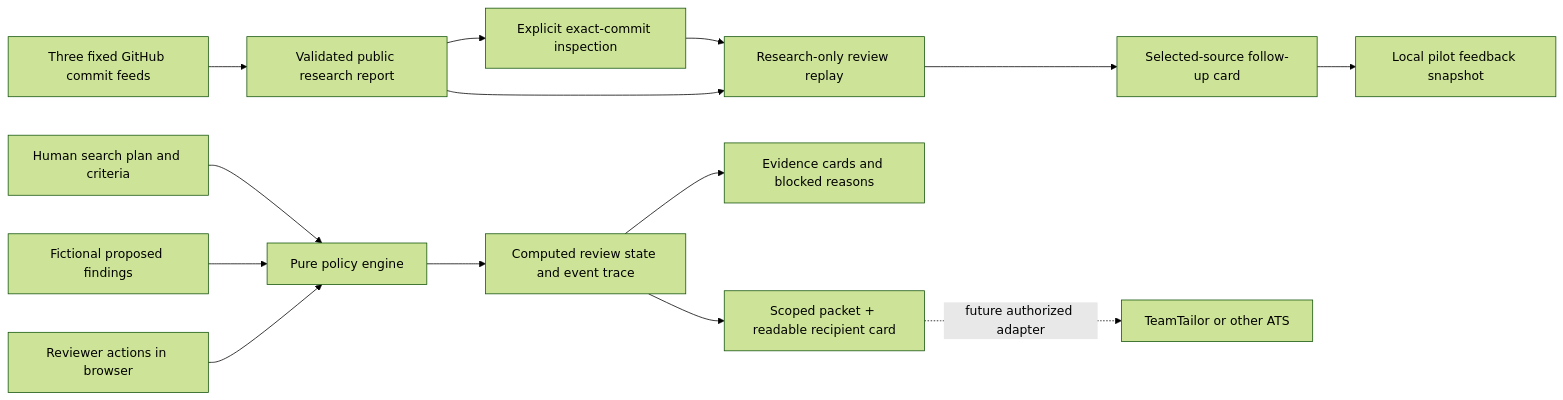
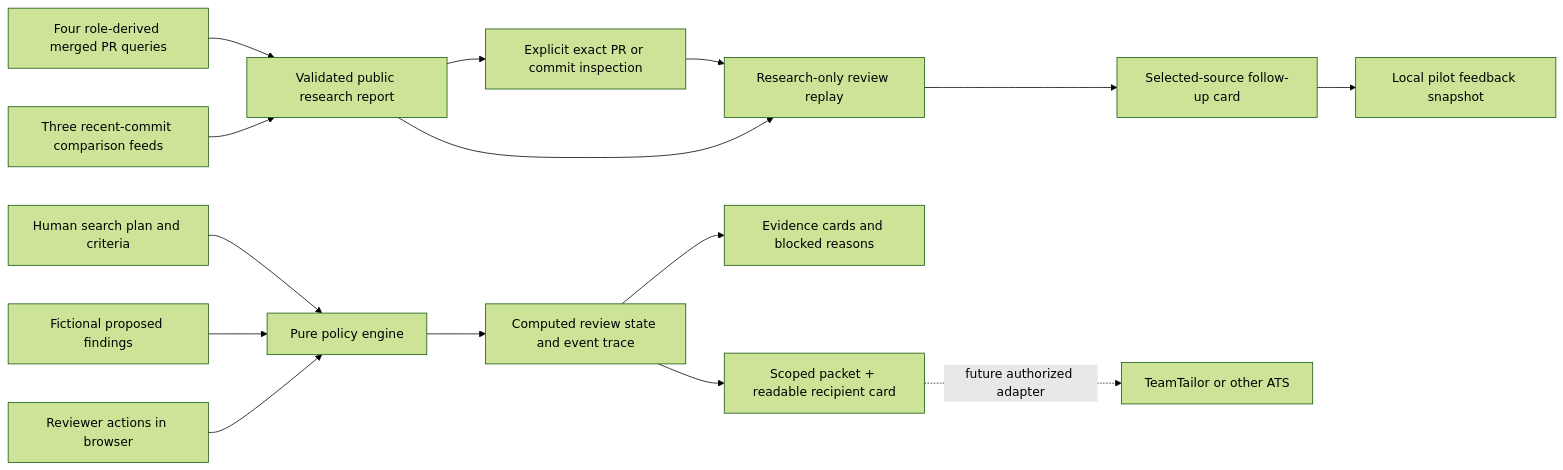
The first of 3 diagrams in docs/architecture.md (DiadkoShmek/talent-research-workflow-prototype), drawn with Mermaid (forest theme) before and after one commit. The commit also changed other lines of this file and 35 other files, not shown here.

Commit message:
Add role-derived merged PR research pass

````diff
--- a/docs/architecture.md
+++ b/docs/architecture.md
@@ -19,16 +19,17 @@
 ```mermaid
 flowchart LR
-    R[Three fixed GitHub commit feeds] --> RB[Validated public research report]
-    RB --> CI[Explicit exact-commit inspection]
+    R[Four role-derived merged PR queries] --> RB[Validated public research report]
+    RC[Three recent-commit comparison feeds] --> RB
+    RB --> CI[Explicit exact PR or commit inspection]
     CI --> RR
     RB --> RR[Research-only review replay]
     RR --> RH[Selected-source follow-up card]
     RH --> PF[Local pilot feedback snapshot]
     B[Human search plan and criteria] --> E[Pure policy engine]
     F[Fictional proposed findings] --> E
     U[Reviewer actions in browser] --> E
     E --> Q[Computed review state and event trace]
     Q --> V[Evidence cards and blocked reasons]
     Q --> X[Scoped packet + readable recipient card]
     X -. future authorized adapter .-> ATS[TeamTailor or other ATS]
 ```
````
